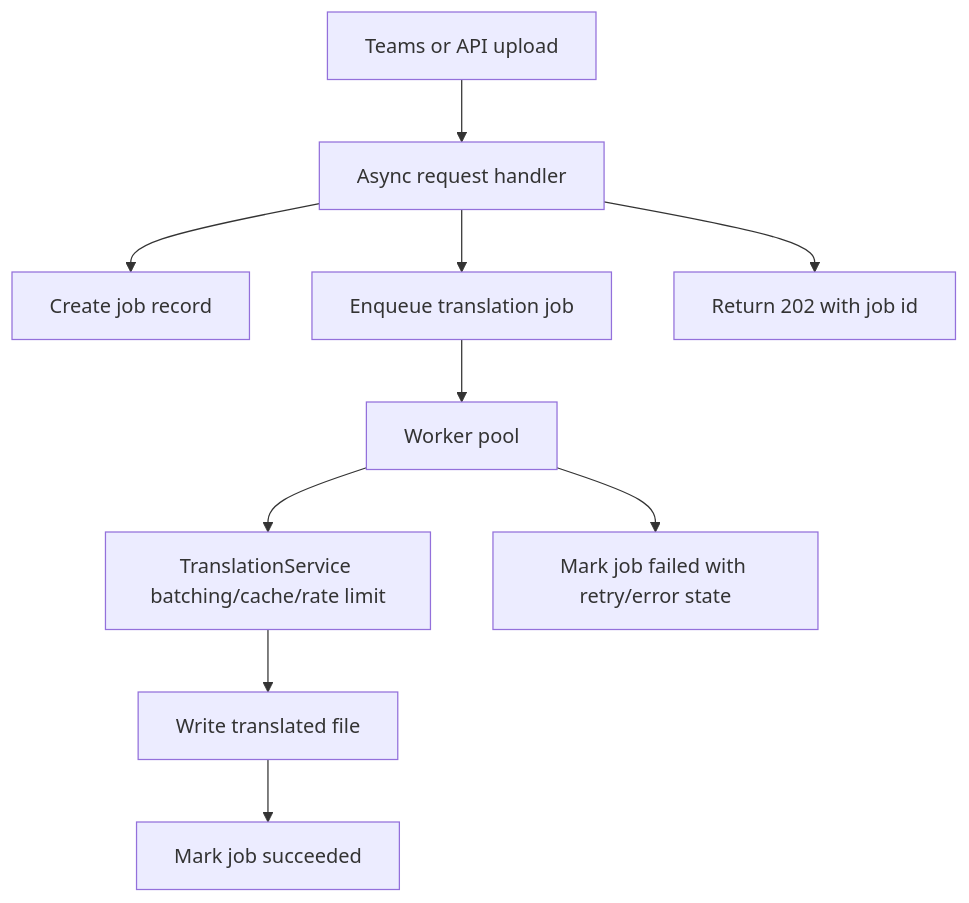
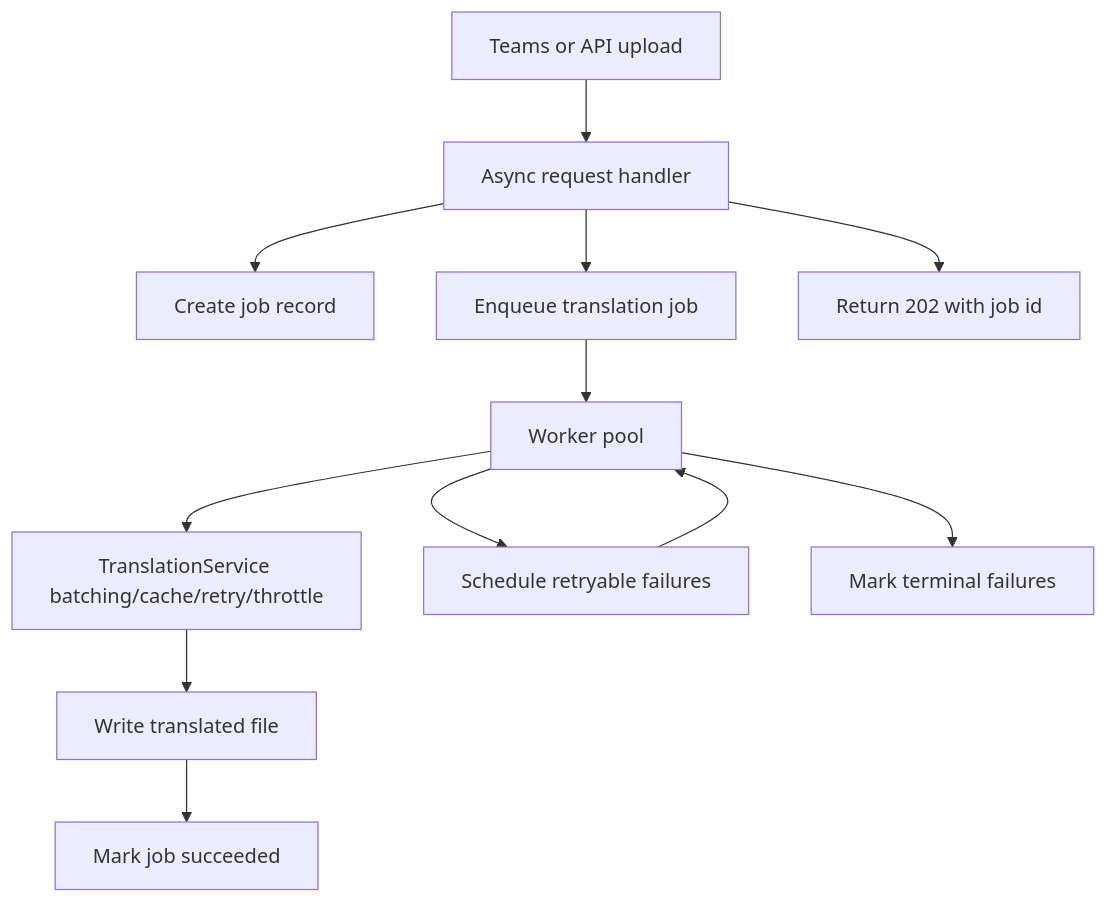
One commit to goat-taya/test_tech_disney changed the first of 2 diagrams in README.md. Above: the diagram before and after it, drawn with Mermaid. The commit also changed other lines of this file and 11 other files, not shown here.

````diff
--- a/README.md
+++ b/README.md
@@ -122,12 +150,14 @@
 ```mermaid
 flowchart TD
     A[Teams or API upload] --> B[Async request handler]
     B --> C[Create job record]
     B --> D[Enqueue translation job]
     B --> E[Return 202 with job id]
     D --> F[Worker pool]
-    F --> G[TranslationService batching/cache/rate limit]
+    F --> G[TranslationService batching/cache/retry/throttle]
     G --> H[Write translated file]
     H --> I[Mark job succeeded]
-    F --> J[Mark job failed with retry/error state]
+    F --> J[Schedule retryable failures]
+    J --> F
+    F --> K[Mark terminal failures]
 ```
````
